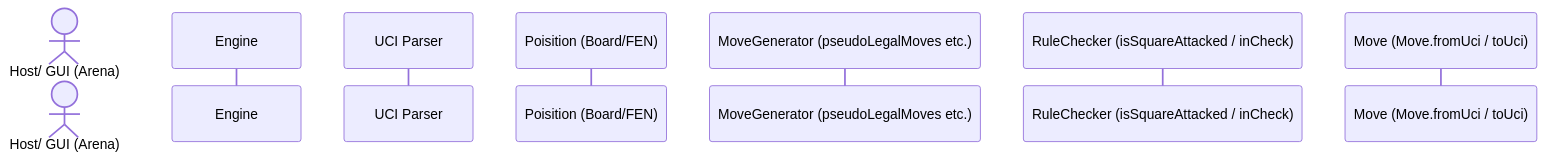
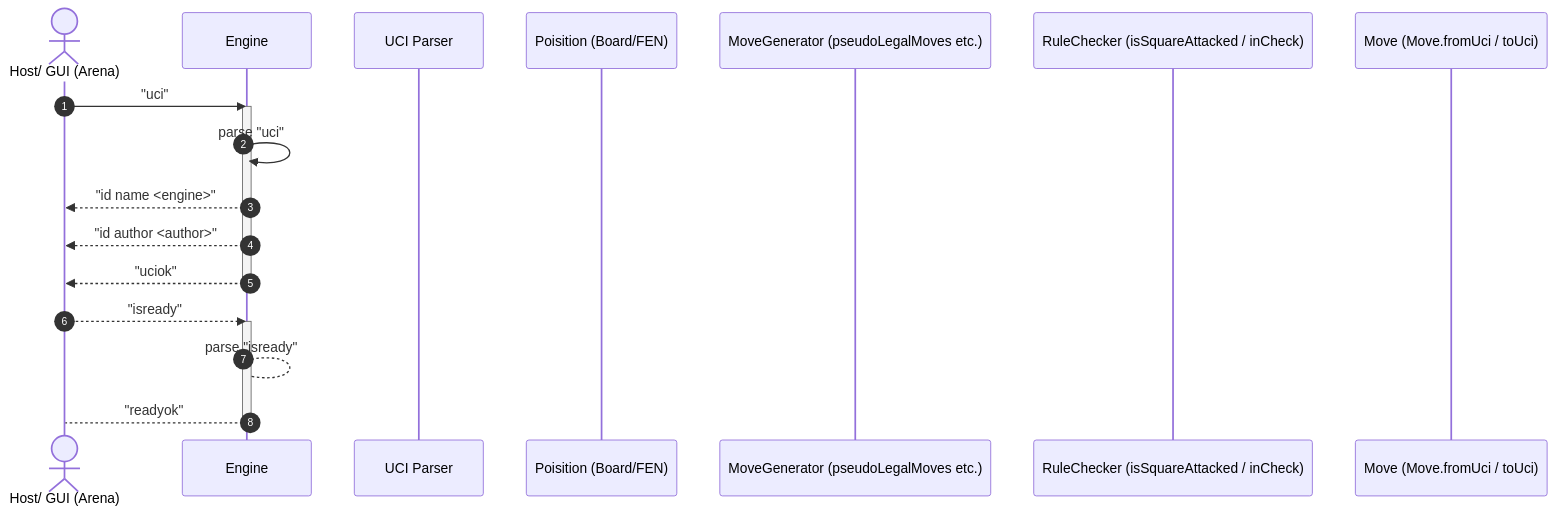
The diagram in README.md (mnavarrete347/ChessGPT4), drawn with Mermaid before and after one commit.

````diff
--- a/README.md
+++ b/README.md
@@ -6,18 +6,29 @@
 ```mermaid
 sequenceDiagram
     autonumber
     actor Host as Host/ GUI (Arena)
     participant Engine as Engine
     participant Parser as UCI Parser
     participant Position as Poisition (Board/FEN)
     participant MoveGen as MoveGenerator (pseudoLegalMoves etc.)
     participant Rule as RuleChecker (isSquareAttacked / inCheck)
     participant MoveObj as Move (Move.fromUci / toUci)
 
-
-
+    
+    Host ->> Engine: "uci"
+    activate Engine
+    Engine ->> Engine: parse "uci"
+    Engine -->> Host: "id name <engine>"
+    Engine -->> Host: "id author <author>"
+    Engine -->> Host: "uciok"
+    deactivate Engine
+    Host -->> Engine: "isready"
+    activate Engine
+    Engine --> Engine: parse "isready"
+    Engine --> Host: "readyok"
+    deactivate Engine
 
 
 
 
 ```
````
